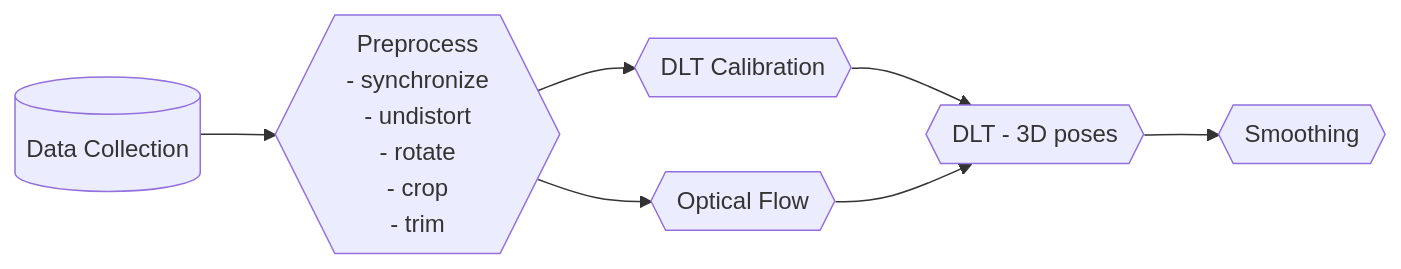
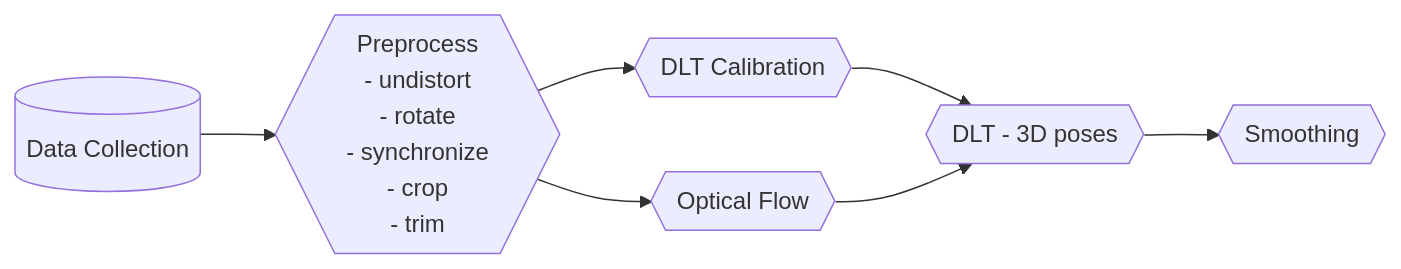
Before and after one commit to GazzolaLab/BR2-vision-based-smoothing: the first of 6 diagrams in README.md, drawn with Mermaid.

````diff
--- a/README.md
+++ b/README.md
@@ -57,12 +57,12 @@
 ```mermaid
 flowchart LR
     collect[("Data Collection")]
-    preproc{{"Preprocess </br> - synchronize </br> - undistort </br> - rotate </br> - crop </br> - trim"}}
+    preproc{{"Preprocess </br> - undistort </br> - rotate </br> - synchronize </br> - crop </br> - trim"}}
     dltcal{{"DLT Calibration"}}
     oflow{{"Optical Flow"}}
     dlt{{"DLT - 3D poses"}}
     smth{{"Smoothing"}}
 
     collect --> preproc --> dltcal --> dlt --> smth
     preproc --> oflow --> dlt
 ```
````
